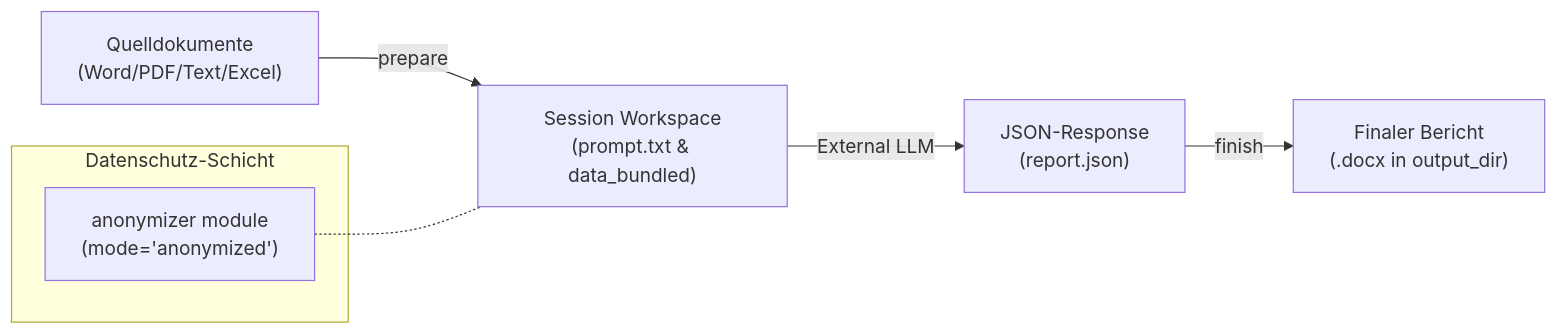
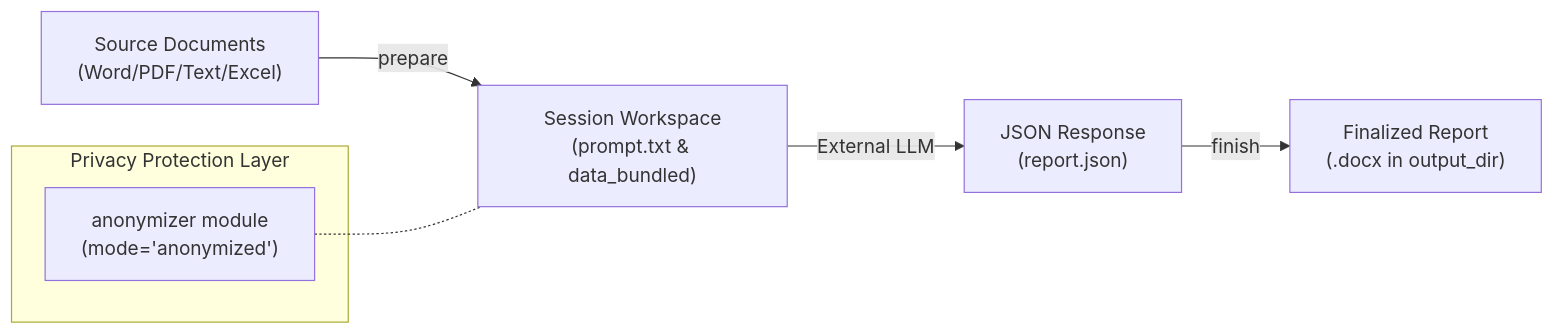
The diagram in README.md (ellmos-ai/report-forge), drawn with Mermaid before and after one commit. The commit also changed other lines of this file and 4 other files, not shown here.

````diff
--- a/README.md
+++ b/README.md
@@ -19,11 +22,11 @@
 ```mermaid
 flowchart LR
-    A["Quelldokumente\n(Word/PDF/Text/Excel)"] -->|prepare| B["Session Workspace\n(prompt.txt & data_bundled)"]
-    B -->|External LLM| C["JSON-Response\n(report.json)"]
-    C -->|finish| D["Finaler Bericht\n(.docx in output_dir)"]
+    A["Source Documents\n(Word/PDF/Text/Excel)"] -->|prepare| B["Session Workspace\n(prompt.txt & data_bundled)"]
+    B -->|External LLM| C["JSON Response\n(report.json)"]
+    C -->|finish| D["Finalized Report\n(.docx in output_dir)"]
 
-    subgraph Privacy ["Datenschutz-Schicht"]
+    subgraph Privacy ["Privacy Protection Layer"]
         E["anonymizer module\n(mode='anonymized')"]
     end
     E -.- B
 ```
````
